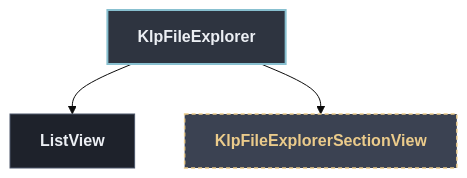
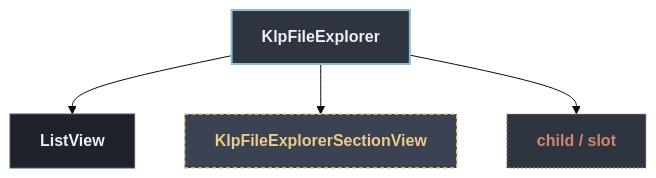
Before and after one commit to MiuDog/Kallopis: the diagram in docs/architecture/components/navigation/klp_file_explorer.md, drawn with Mermaid (base theme). The commit also changed other lines of this file and 1105 other files, not shown here.

Commit message:
refactor: establish semantic design architecture

````diff
--- a/docs/architecture/components/navigation/klp_file_explorer.md
+++ b/docs/architecture/components/navigation/klp_file_explorer.md
@@ -13,14 +13,16 @@
 ```mermaid
 flowchart TD
   classDef default fill:#1E222B,stroke:#4C566A,stroke-width:1px,color:#ECEFF4;
   classDef root fill:#2E3440,stroke:#88C0D0,stroke-width:2px,color:#ECEFF4,font-weight:bold;
   classDef reference fill:#3B4252,stroke:#EBCB8B,stroke-width:1.5px,stroke-dasharray: 4 3,color:#EBCB8B;
   classDef container fill:#2E3440,stroke:#A3BE8C,stroke-width:1.5px,color:#A3BE8C;
   classDef slot fill:#2E3440,stroke:#D08770,stroke-width:1px,stroke-dasharray: 2 2,color:#D08770;
 
   root["KlpFileExplorer"]:::root
   n1["ListView"]
   root --> n1
   n2["KlpFileExplorerSectionView"]:::reference
   root --> n2
+  n3["child / slot"]:::slot
+  root --> n3
 ```
````
